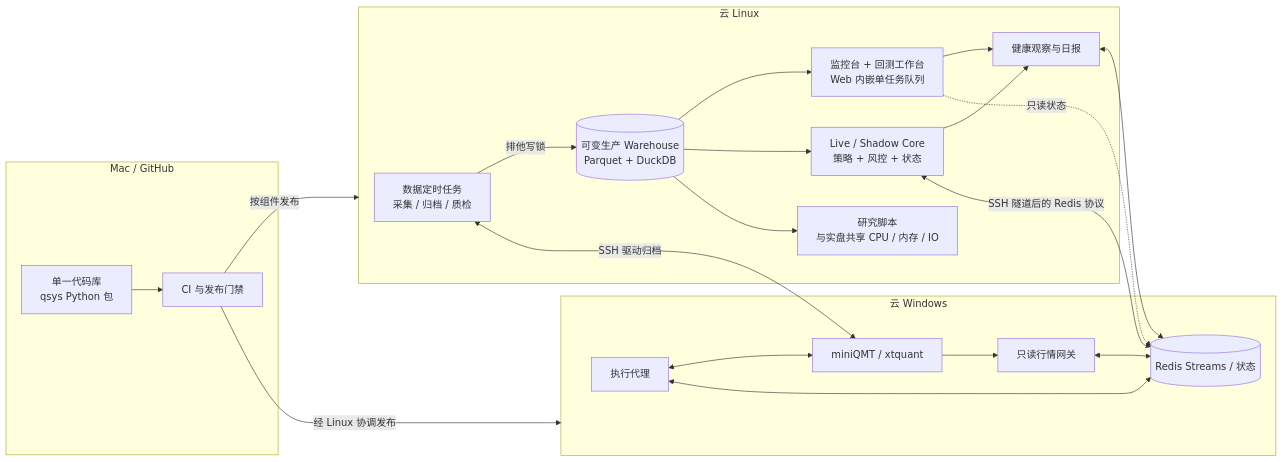
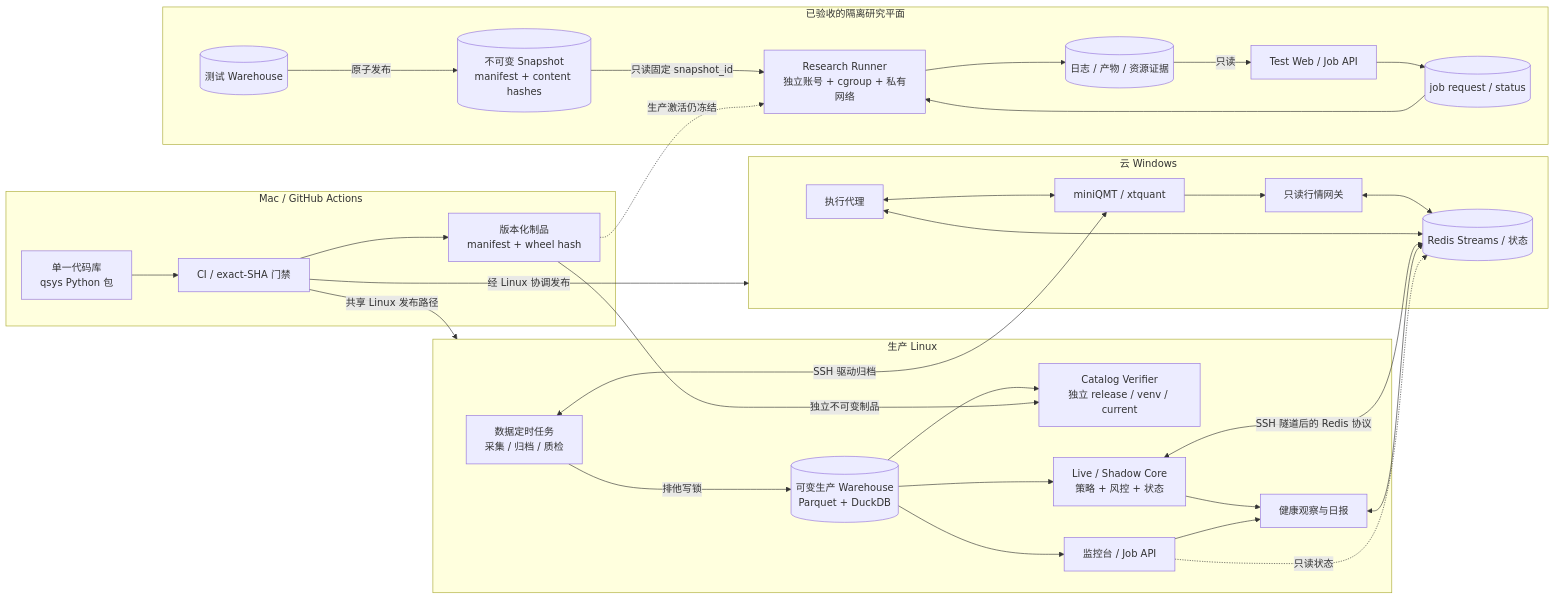
The first of 2 diagrams in README.md (wanlinruo/quant-trade), drawn with Mermaid before and after one commit. The commit also changed other lines of this file and 2 other files, not shown here.

Commit message:
docs: refresh architecture after research isolation (#328) (#329)

````diff
--- a/README.md
+++ b/README.md
@@ -52,43 +53,63 @@
 ```mermaid
 flowchart LR
-    subgraph DEV[Mac / GitHub]
+    subgraph DEV[Mac / GitHub Actions]
         CODE[单一代码库<br/>qsys Python 包]
-        CI[CI 与发布门禁]
+        CI[CI / exact-SHA 门禁]
+        ART[版本化制品<br/>manifest + wheel hash]
         CODE --> CI
+        CI --> ART
     end
 
-    subgraph LINUX[云 Linux]
+    subgraph LINUX[生产 Linux]
         DATA[数据定时任务<br/>采集 / 归档 / 质检]
         WH[(可变生产 Warehouse<br/>Parquet + DuckDB)]
-        WEB[监控台 + 回测工作台<br/>Web 内嵌单任务队列]
+        CATALOG[Catalog Verifier<br/>独立 release / venv / current]
+        WEB[监控台 / Job API]
         CORE[Live / Shadow Core<br/>策略 + 风控 + 状态]
         OBS[健康观察与日报]
-        RESEARCH[研究脚本<br/>与实盘共享 CPU / 内存 / IO]
 
         DATA -->|排他写锁| WH
+        WH --> CATALOG
         WH --> WEB
         WH --> CORE
-        WH --> RESEARCH
         CORE --> OBS
         WEB --> OBS
+    end
+
+    subgraph TEST_RESEARCH[已验收的隔离研究平面]
+        TWH[(测试 Warehouse)]
+        SNAP[(不可变 Snapshot<br/>manifest + content hashes)]
+        TWEB[Test Web / Job API]
+        JOBS[(job request / status)]
+        RUNNER[Research Runner<br/>独立账号 + cgroup + 私有网络]
+        OUT[(日志 / 产物 / 资源证据)]
+
+        TWH -->|原子发布| SNAP
+        TWEB --> JOBS
+        JOBS --> RUNNER
+        SNAP -->|只读固定 snapshot_id| RUNNER
+        RUNNER --> OUT
+        OUT -->|只读| TWEB
     end
 
     subgraph WINDOWS[云 Windows]
         REDIS[(Redis Streams / 状态)]
         GATEWAY[只读行情网关]
         AGENT[执行代理]
         QMT[miniQMT / xtquant]
 
         QMT --> GATEWAY
         AGENT <--> QMT
         GATEWAY <--> REDIS
         AGENT <--> REDIS
     end
 
-    CI -->|按组件发布| LINUX
+    CI -->|共享 Linux 发布路径| LINUX
+    ART -->|独立不可变制品| CATALOG
+    ART -.生产激活仍冻结.-> RUNNER
     CI -->|经 Linux 协调发布| WINDOWS
     CORE <--> |SSH 隧道后的 Redis 协议| REDIS
     DATA <--> |SSH 驱动归档| QMT
     OBS <--> REDIS
     WEB -.只读状态.-> REDIS
 ```
````
